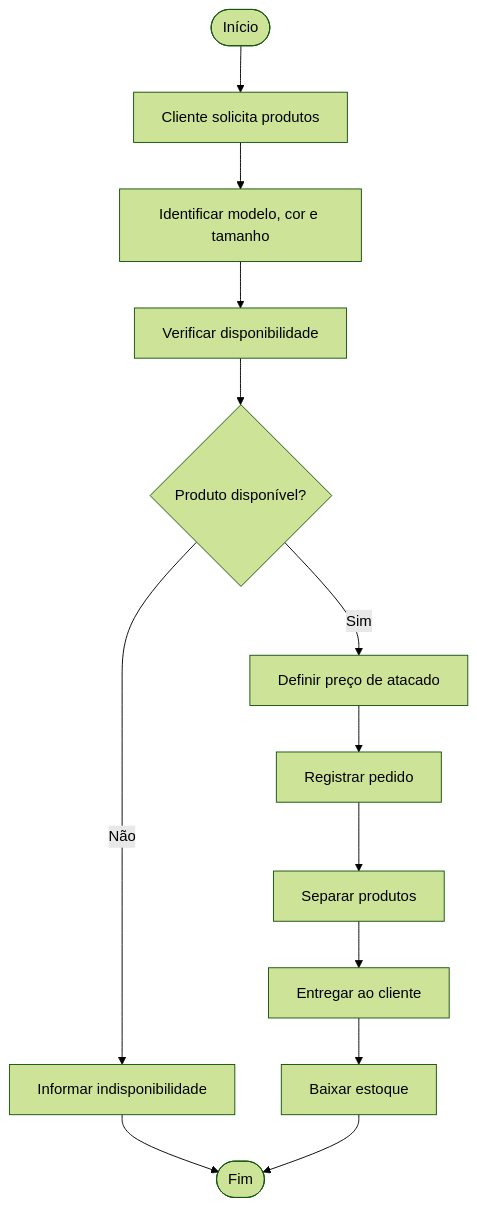
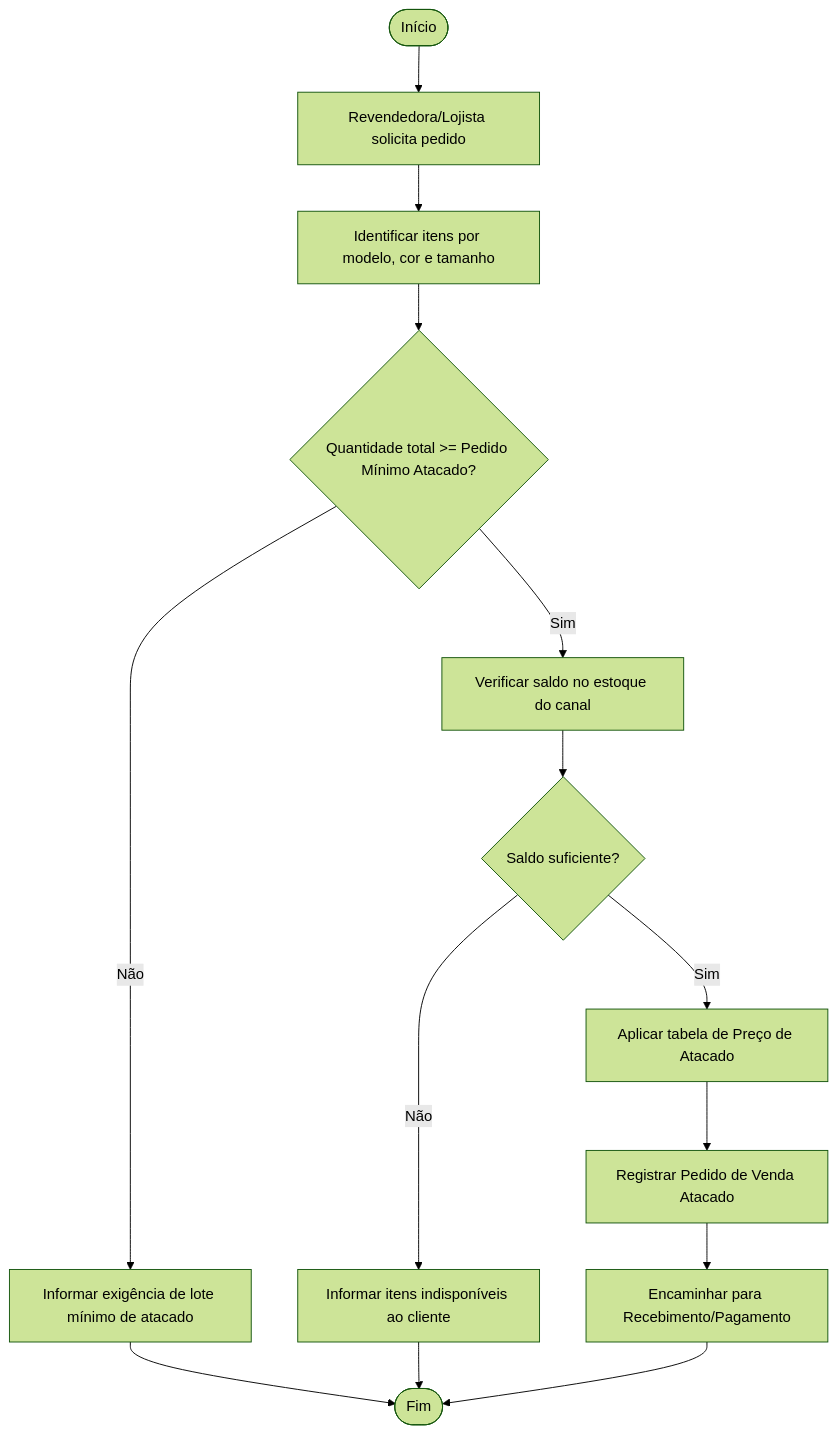
One commit to FortesLucas208/DataBaseActivity changed the fourth of 12 diagrams in README.md. Above: the diagram before and after it, drawn with Mermaid (forest theme). The commit also changed other lines of this file, not shown here.

````diff
--- a/README.md
+++ b/README.md
@@ -151,15 +204,16 @@
 ```mermaid
-  flowchart TD
-    A([Início]) --> B[Cliente solicita produtos]
-    B --> C[Identificar modelo, cor e tamanho]
-    C --> D[Verificar disponibilidade]
-    D --> E{Produto disponível?}
-    E -- Não --> F[Informar indisponibilidade]
-    F --> G([Fim])
-    E -- Sim --> H[Definir preço de atacado]
-    H --> I[Registrar pedido]
-    I --> J[Separar produtos]
-    J --> K[Entregar ao cliente]
-    K --> L[Baixar estoque]
-    L --> G
+flowchart TD
+    A([Início]) --> B[Revendedora/Lojista solicita pedido]
+    B --> C[Identificar itens por modelo, cor e tamanho]
+    C --> D{Quantidade total >= Pedido Mínimo Atacado?}
+    D -- Não --> E[Informar exigência de lote mínimo de atacado]
+    E --> Z([Fim])
+    D -- Sim --> F[Verificar saldo no estoque do canal]
+    F --> G{Saldo suficiente?}
+    G -- Não --> H[Informar itens indisponíveis ao cliente]
+    H --> Z
+    G -- Sim --> I[Aplicar tabela de Preço de Atacado]
+    I --> J[Registrar Pedido de Venda Atacado]
+    J --> K[Encaminhar para Recebimento/Pagamento]
+    K --> Z
 ```
````
